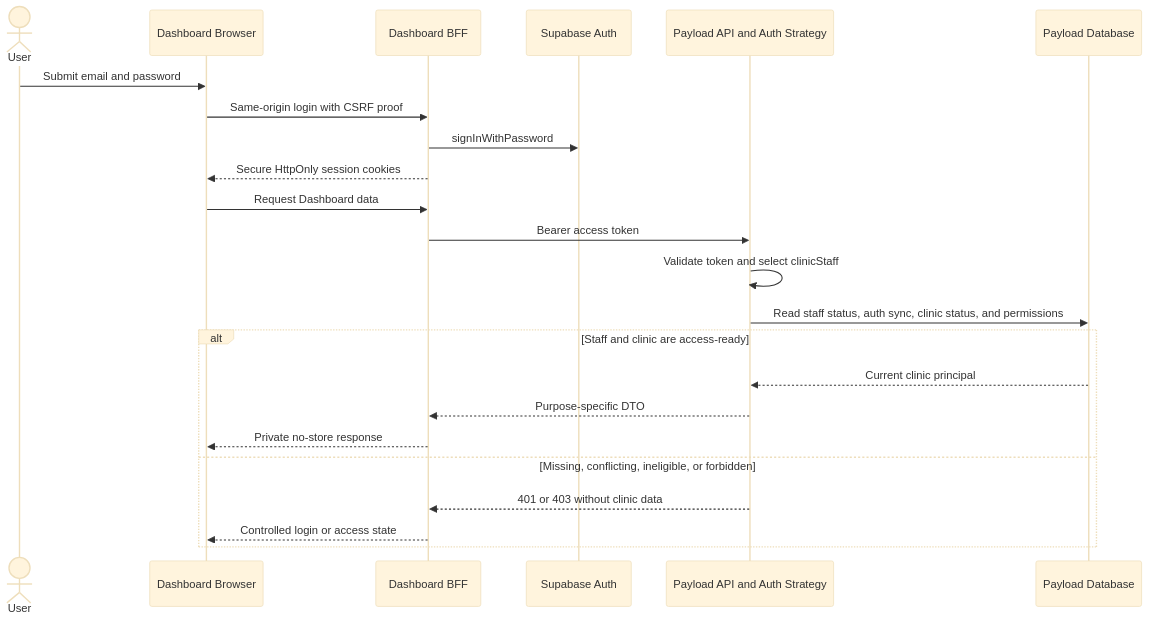
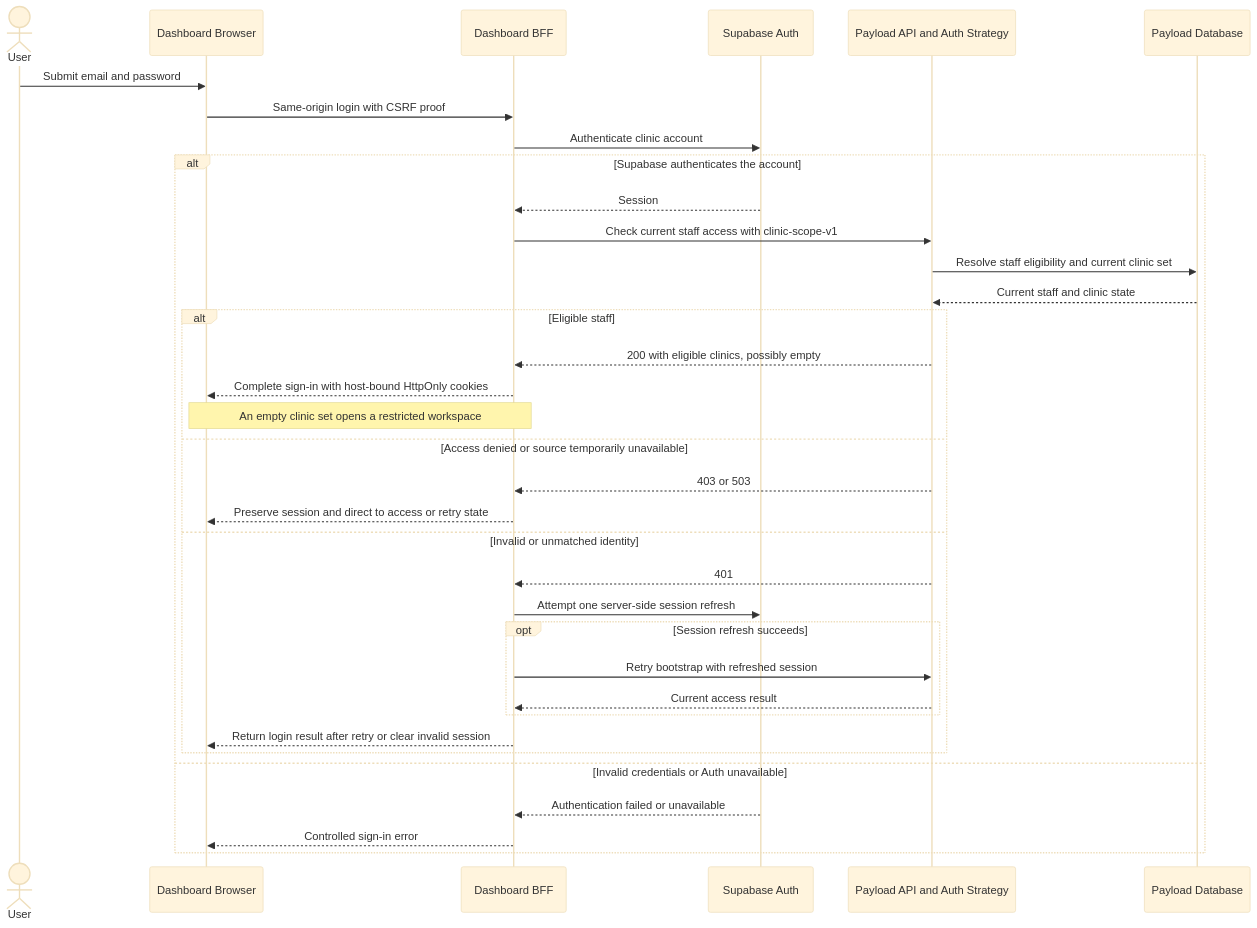
Before and after one commit to findmydoc-platform/website: the second of 4 diagrams in docs/security/auth-flow-diagram.md, drawn with Mermaid (base theme). The commit also changed other lines of this file and 39 other files, not shown here.

Commit message:
docs: streamline website architecture and documentation (#2390)

````diff
--- a/docs/security/auth-flow-diagram.md
+++ b/docs/security/auth-flow-diagram.md
@@ -33,26 +33,38 @@
 ```mermaid
 sequenceDiagram
     actor User
     participant Browser as Dashboard Browser
     participant BFF as Dashboard BFF
     participant Supabase as Supabase Auth
     participant Payload as Payload API and Auth Strategy
     participant DB as Payload Database
 
     User->>Browser: Submit email and password
     Browser->>BFF: Same-origin login with CSRF proof
-    BFF->>Supabase: signInWithPassword
-    BFF-->>Browser: Secure HttpOnly session cookies
-    Browser->>BFF: Request Dashboard data
-    BFF->>Payload: Bearer access token
-    Payload->>Payload: Validate token and select clinicStaff
-    Payload->>DB: Read staff status, auth sync, clinic status, and permissions
-    alt Staff and clinic are access-ready
-        DB-->>Payload: Current clinic principal
-        Payload-->>BFF: Purpose-specific DTO
-        BFF-->>Browser: Private no-store response
-    else Missing, conflicting, ineligible, or forbidden
-        Payload-->>BFF: 401 or 403 without clinic data
-        BFF-->>Browser: Controlled login or access state
+    BFF->>Supabase: Authenticate clinic account
+    alt Supabase authenticates the account
+        Supabase-->>BFF: Session
+        BFF->>Payload: Check current staff access with clinic-scope-v1
+        Payload->>DB: Resolve staff eligibility and current clinic set
+        DB-->>Payload: Current staff and clinic state
+        alt Eligible staff
+            Payload-->>BFF: 200 with eligible clinics, possibly empty
+            BFF-->>Browser: Complete sign-in with host-bound HttpOnly cookies
+            Note over Browser,BFF: An empty clinic set opens a restricted workspace
+        else Access denied or source temporarily unavailable
+            Payload-->>BFF: 403 or 503
+            BFF-->>Browser: Preserve session and direct to access or retry state
+        else Invalid or unmatched identity
+            Payload-->>BFF: 401
+            BFF->>Supabase: Attempt one server-side session refresh
+            opt Session refresh succeeds
+                BFF->>Payload: Retry bootstrap with refreshed session
+                Payload-->>BFF: Current access result
+            end
+            BFF-->>Browser: Return login result after retry or clear invalid session
+        end
+    else Invalid credentials or Auth unavailable
+        Supabase-->>BFF: Authentication failed or unavailable
+        BFF-->>Browser: Controlled sign-in error
     end
 ```
````
